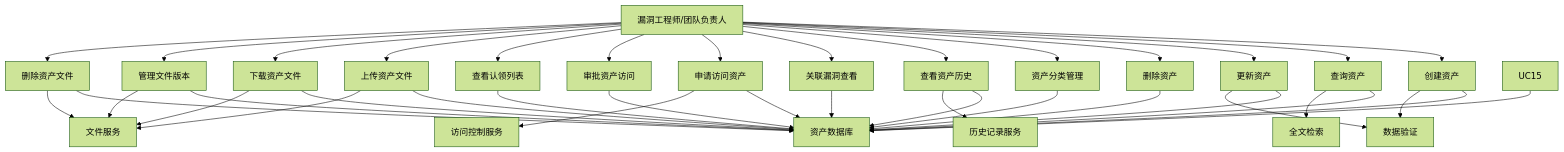
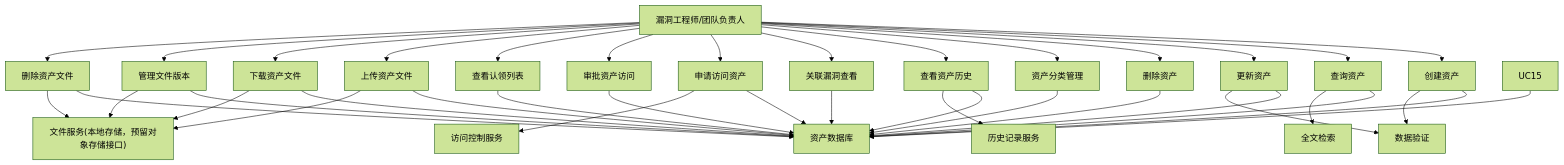
Before and after one commit to dayutech/Vuln-Audit-Lifecycle-Management: the second of 8 diagrams in docs/design/use_case.md, drawn with Mermaid (forest theme). The commit also changed other lines of this file and 46 other files, not shown here.

````diff
--- a/docs/design/use_case.md
+++ b/docs/design/use_case.md
@@ -116,43 +116,43 @@
 ```mermaid
 graph TD
     Actor["漏洞工程师/团队负责人"] --> UC1["创建资产"]
     Actor --> UC2["查询资产"]
     Actor --> UC3["更新资产"]
     Actor --> UC4["删除资产"]
     Actor --> UC5["资产分类管理"]
     Actor --> UC6["查看资产历史"]
     Actor --> UC7["关联漏洞查看"]
     Actor --> UC8["申请访问资产"]
     Actor --> UC9["审批资产访问"]
     Actor --> UC10["查看认领列表"]
     Actor --> UC11["上传资产文件"]
     Actor --> UC12["下载资产文件"]
     Actor --> UC13["管理文件版本"]
     Actor --> UC14["删除资产文件"]
     
     UC1 --> DB["资产数据库"]
     UC2 --> DB
     UC3 --> DB
     UC4 --> DB
     UC5 --> DB
     UC6 --> DB
     UC7 --> DB
     UC8 --> DB
     UC9 --> DB
     UC10 --> DB
     UC11 --> DB
     UC12 --> DB
     UC13 --> DB
     UC14 --> DB
     UC15 --> DB
     
     UC1 --> Validate["数据验证"]
     UC2 --> Search["全文检索"]
     UC3 --> Validate
     UC6 --> History["历史记录服务"]
     UC8 --> AccessControl["访问控制服务"]
-    UC11 --> FileService["文件服务"]
+    UC11 --> FileService["文件服务(本地存储，预留对象存储接口)"]
     UC12 --> FileService
     UC13 --> FileService
     UC14 --> FileService
 ```
````
